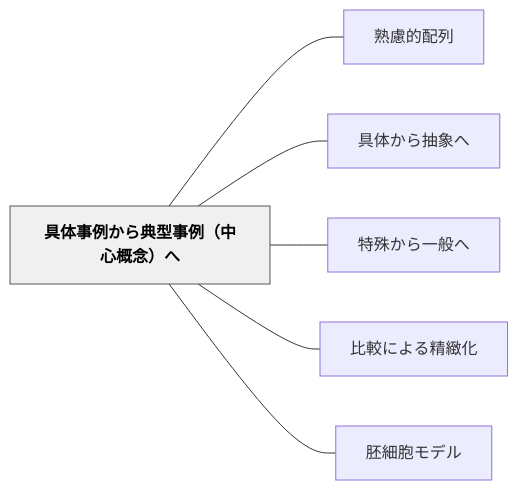
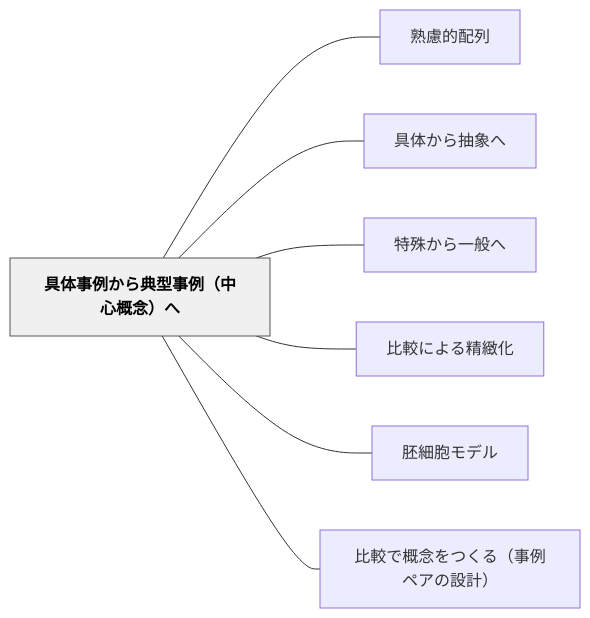
Before and after one commit to unknownthings-ed-patterns/unknownthings-ed-patterns: the diagram in content/パタン/具体事例から典型事例（中心概念）へ.md, drawn with Mermaid. The commit also changed other lines of this file and 2 other files, not shown here.

Commit message:
auto: Obsidianから同期 2026-06-13 03:12

````diff
--- a/content/パタン/具体事例から典型事例（中心概念）へ.md
+++ b/content/パタン/具体事例から典型事例（中心概念）へ.md
@@ -46,18 +46,20 @@
 ```mermaid
 flowchart LR
     ne585b7e4bd93e4ba8be4be8be3818be38289e585b8e59e8be4ba8be4be8befbc88e4b8ade5bf83e6a682e5bfb5efbc89e381b8["具体事例から典型事例（中心概念）へ"]
     ne7869fe685aee79a84e9858de58897["熟慮的配列"]
     ne585b7e4bd93e3818be38289e68abde8b1a1e381b8["具体から抽象へ"]
     ne789b9e6ae8ae3818be38289e4b880e888ace381b8["特殊から一般へ"]
     ne6af94e8bc83e381abe38288e3828be7b2bee7b7bbe58c96["比較による精緻化"]
     ne8839ae7b4b0e8839ee383a2e38387e383ab["胚細胞モデル"]
+    ne6af94e8bc83e381a7e6a682e5bfb5e38292e381a4e3818fe3828befbc88e4ba8be4be8be3839ae382a2e381aee8a8ade8a888efbc89["比較で概念をつくる（事例ペアの設計）"]
 
     ne585b7e4bd93e4ba8be4be8be3818be38289e585b8e59e8be4ba8be4be8befbc88e4b8ade5bf83e6a682e5bfb5efbc89e381b8 --- ne7869fe685aee79a84e9858de58897
     ne585b7e4bd93e4ba8be4be8be3818be38289e585b8e59e8be4ba8be4be8befbc88e4b8ade5bf83e6a682e5bfb5efbc89e381b8 --- ne585b7e4bd93e3818be38289e68abde8b1a1e381b8
     ne585b7e4bd93e4ba8be4be8be3818be38289e585b8e59e8be4ba8be4be8befbc88e4b8ade5bf83e6a682e5bfb5efbc89e381b8 --- ne789b9e6ae8ae3818be38289e4b880e888ace381b8
     ne585b7e4bd93e4ba8be4be8be3818be38289e585b8e59e8be4ba8be4be8befbc88e4b8ade5bf83e6a682e5bfb5efbc89e381b8 --- ne6af94e8bc83e381abe38288e3828be7b2bee7b7bbe58c96
     ne585b7e4bd93e4ba8be4be8be3818be38289e585b8e59e8be4ba8be4be8befbc88e4b8ade5bf83e6a682e5bfb5efbc89e381b8 --- ne8839ae7b4b0e8839ee383a2e38387e383ab
+    ne585b7e4bd93e4ba8be4be8be3818be38289e585b8e59e8be4ba8be4be8befbc88e4b8ade5bf83e6a682e5bfb5efbc89e381b8 --- ne6af94e8bc83e381a7e6a682e5bfb5e38292e381a4e3818fe3828befbc88e4ba8be4be8be3839ae382a2e381aee8a8ade8a888efbc89
 
     classDef hub fill:#f0f0f0,stroke:#555,color:#000,font-weight:bold
     class ne585b7e4bd93e4ba8be4be8be3818be38289e585b8e59e8be4ba8be4be8befbc88e4b8ade5bf83e6a682e5bfb5efbc89e381b8 hub
 ```
````
